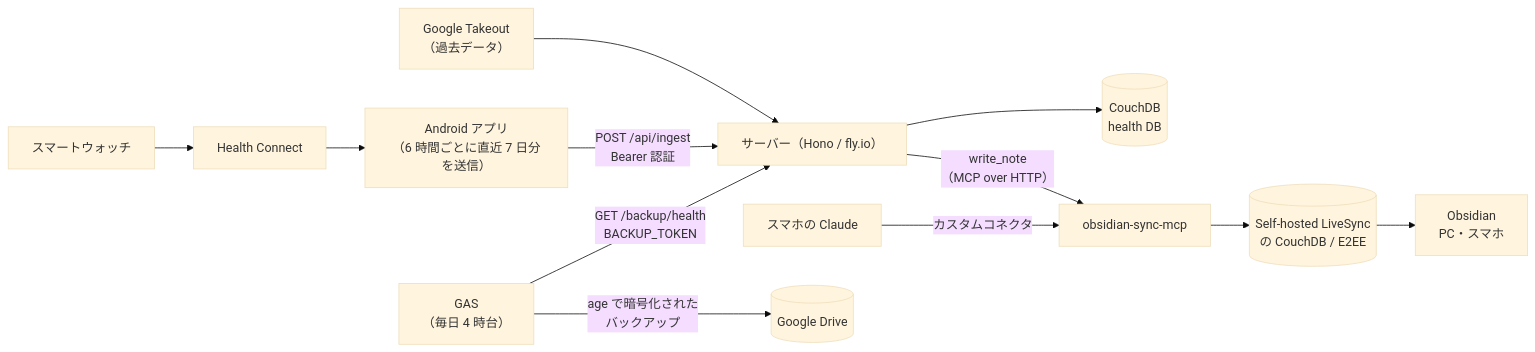
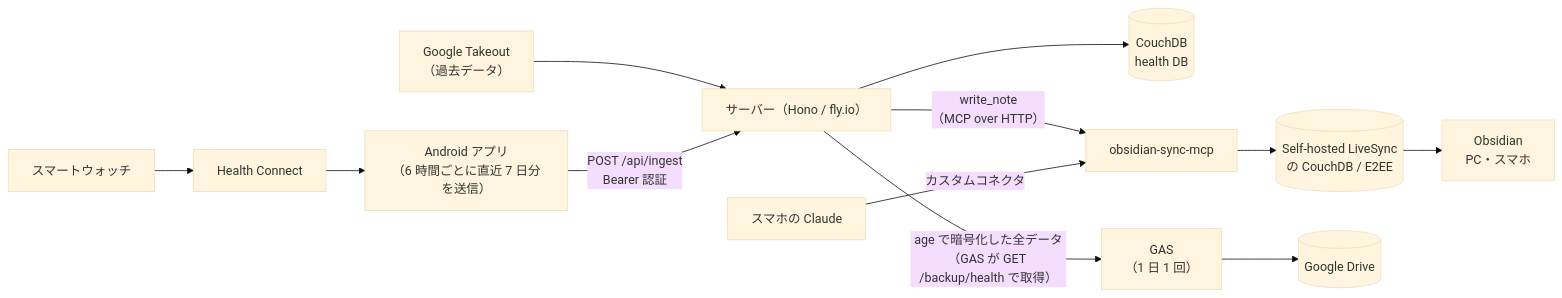
The diagram in README.md (aomomo55/sync-google-health-api), drawn with Mermaid (base theme) before and after one commit. The commit also changed other lines of this file and 4 other files, not shown here.

````diff
--- a/README.md
+++ b/README.md
@@ -10,14 +10,14 @@
 ```mermaid
 flowchart LR
     W[スマートウォッチ] --> HC[Health Connect]
     HC --> A["Android アプリ<br/>（6 時間ごとに直近 7 日分を送信）"]
     T[Google Takeout<br/>（過去データ）] --> S
     A -- "POST /api/ingest<br/>Bearer 認証" --> S["サーバー（Hono / fly.io）"]
     S --> DB[(CouchDB<br/>health DB)]
     S -- "write_note<br/>（MCP over HTTP）" --> M[obsidian-sync-mcp]
     M --> V[(Self-hosted LiveSync<br/>の CouchDB / E2EE)]
     V --> O[Obsidian<br/>PC・スマホ]
     C[スマホの Claude] -- カスタムコネクタ --> M
-    G["GAS<br/>（毎日 4 時台）"] -- "GET /backup/health<br/>BACKUP_TOKEN" --> S
-    G -- "age で暗号化された<br/>バックアップ" --> D[(Google Drive)]
+    S -- "age で暗号化した全データ<br/>（GAS が GET /backup/health で取得）" --> G["GAS<br/>（1 日 1 回）"]
+    G --> D[(Google Drive)]
 ```
````
